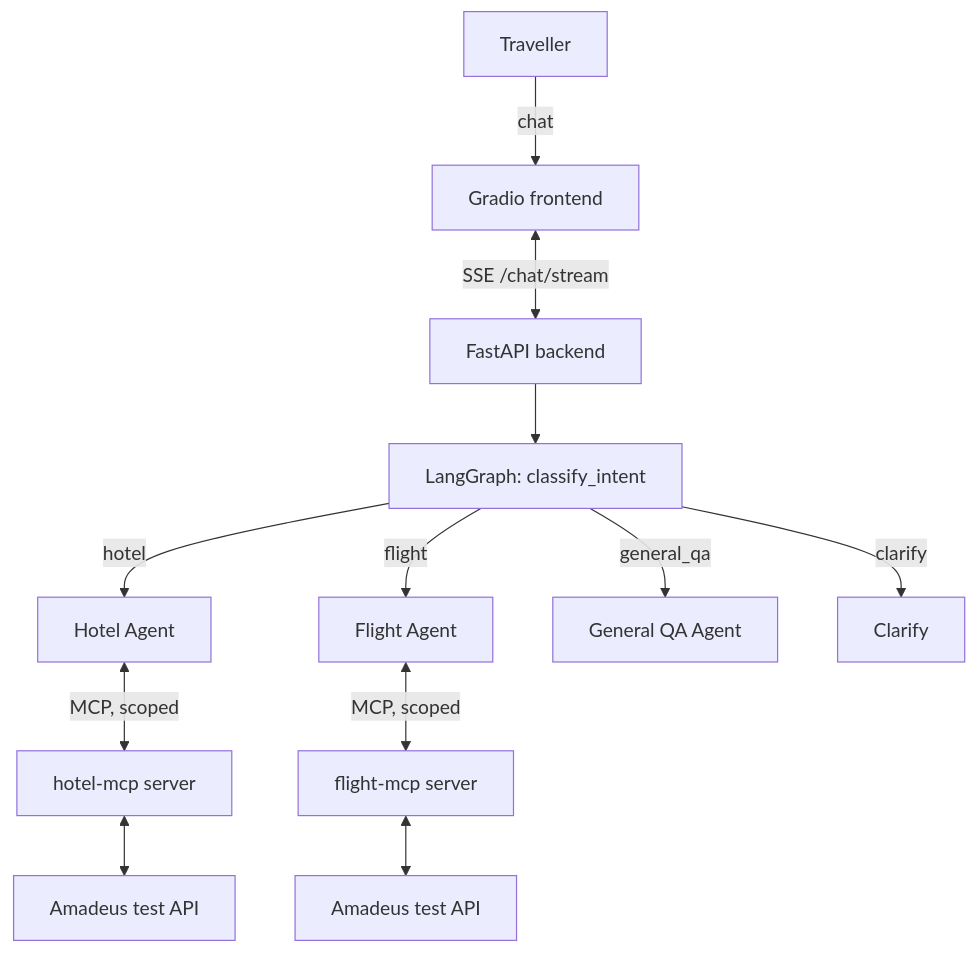
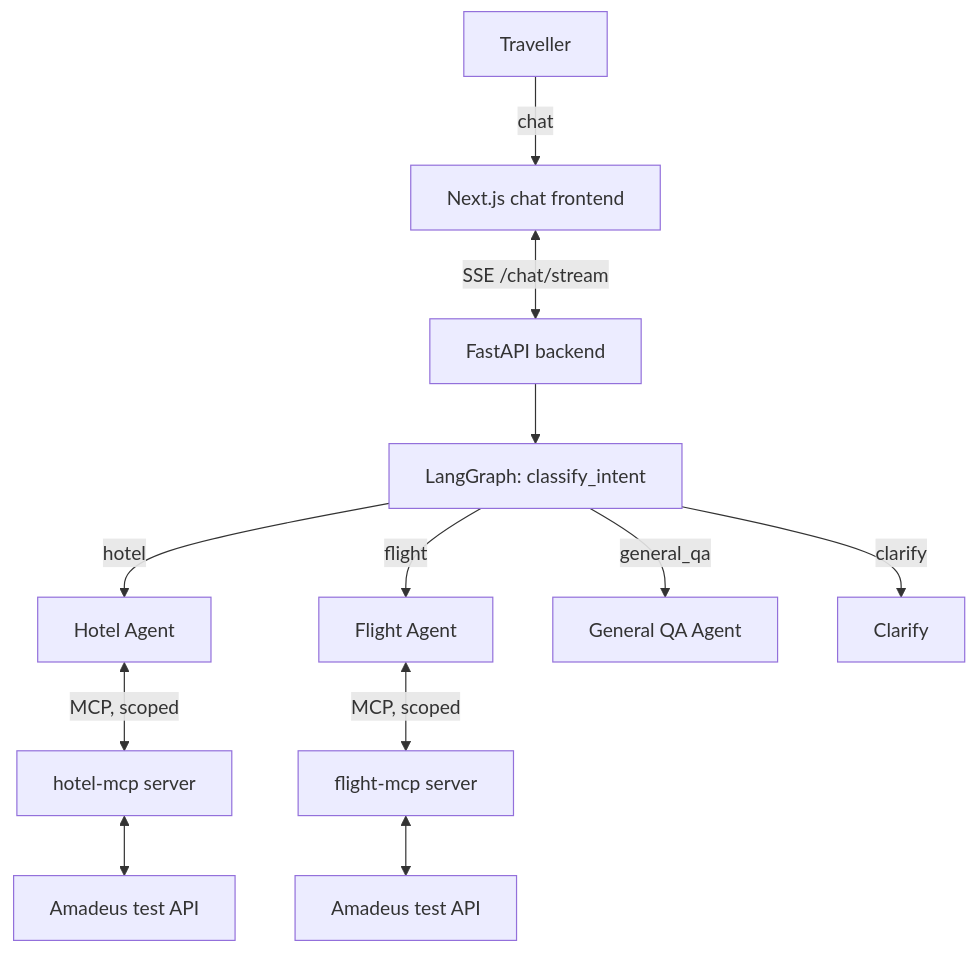
Before and after one commit to AmiruMallawarachchi/multi-agent-travel-planner: the diagram in README.md, drawn with Mermaid. The commit also changed other lines of this file and 2 other files, not shown here.

Commit message:
docs(frontend): document simple next chat

````diff
--- a/README.md
+++ b/README.md
@@ -15,14 +15,14 @@
 ```mermaid
 flowchart TD
-    U["Traveller"] -->|"chat"| FE["Gradio frontend"]
+    U["Traveller"] -->|"chat"| FE["Next.js chat frontend"]
     FE <-->|"SSE /chat/stream"| BE["FastAPI backend"]
     BE --> G["LangGraph: classify_intent"]
     G -->|"hotel"| HA["Hotel Agent"]
     G -->|"flight"| FA["Flight Agent"]
     G -->|"general_qa"| QA["General QA Agent"]
     G -->|"clarify"| CL["Clarify"]
     HA <-->|"MCP, scoped"| HM["hotel-mcp server"]
     FA <-->|"MCP, scoped"| FM["flight-mcp server"]
     HM <--> AM1["Amadeus test API"]
     FM <--> AM2["Amadeus test API"]
 ```
````
